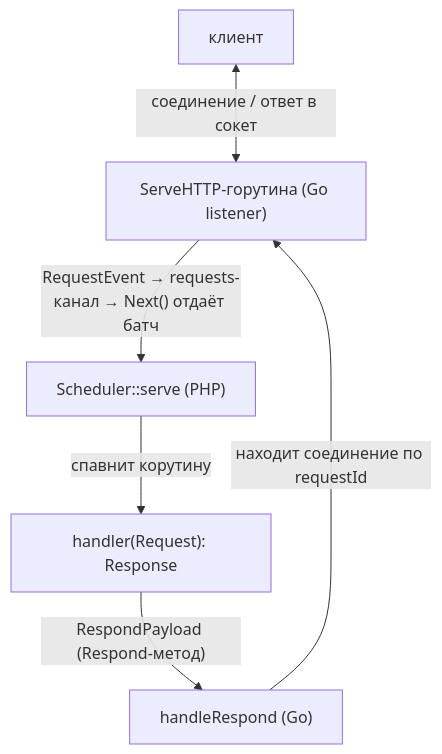
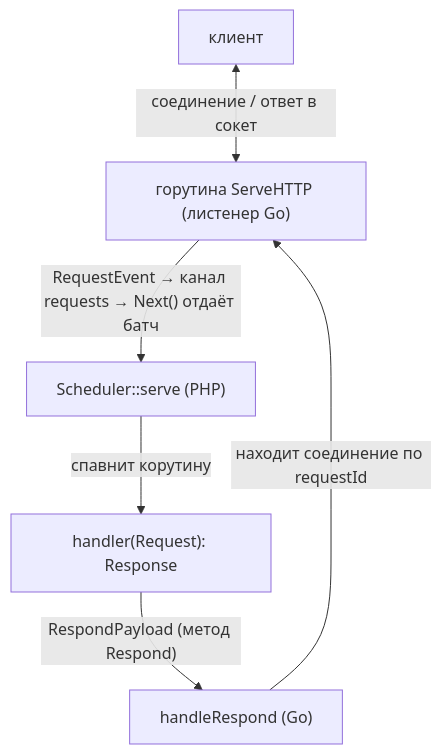
Before and after one commit to sprust/sconcur: the diagram in docs/adding-a-server.ru.md, drawn with Mermaid. The commit also changed other lines of this file and 42 other files, not shown here.

````diff
--- a/docs/adding-a-server.ru.md
+++ b/docs/adding-a-server.ru.md
@@ -43,14 +42,14 @@
 ```mermaid
 flowchart TB
     client["клиент"]
-    serve["ServeHTTP-горутина (Go listener)"]
+    serve["горутина ServeHTTP (листенер Go)"]
     sched["Scheduler::serve (PHP)"]
     handler["handler(Request): Response"]
     respond["handleRespond (Go)"]
 
     client <-->|"соединение / ответ в сокет"| serve
-    serve -->|"RequestEvent → requests-канал → Next() отдаёт батч"| sched
+    serve -->|"RequestEvent → канал requests → Next() отдаёт батч"| sched
     sched -->|"спавнит корутину"| handler
-    handler -->|"RespondPayload (Respond-метод)"| respond
+    handler -->|"RespondPayload (метод Respond)"| respond
     respond -->|"находит соединение по requestId"| serve
 ```
````
